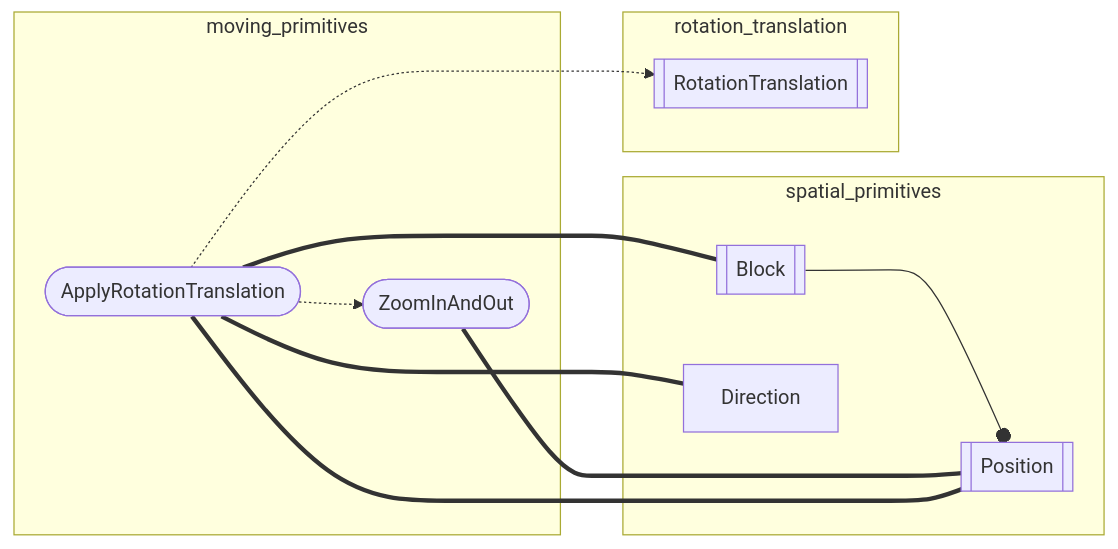
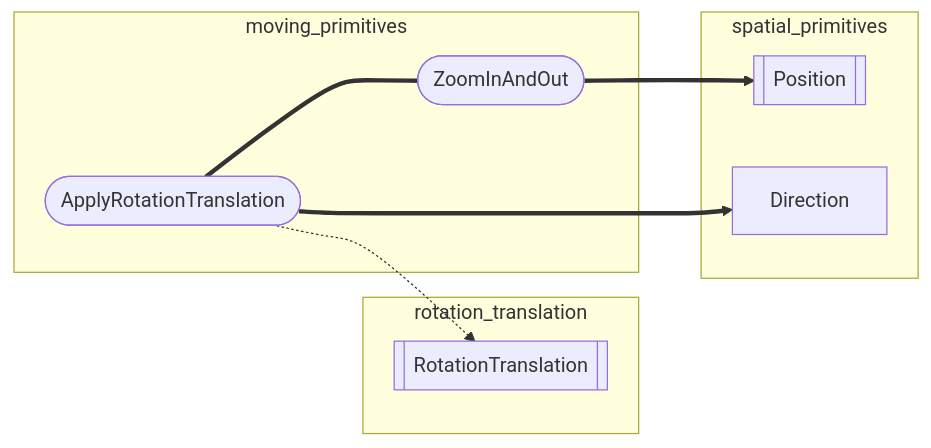
Before and after one commit to inesvar/tetris: the diagram in src/app/player/back_end/moving_primitives_flowgraph.mmd, drawn with Mermaid. The commit also changed 3 other files, not shown here.

```diff
--- a/src/app/player/back_end/moving_primitives_flowgraph.mmd
+++ b/src/app/player/back_end/moving_primitives_flowgraph.mmd
@@ -1,34 +1,33 @@
 graph LR
     %% objects
     Position[[Position]]
-    Block[[Block]]
     Direction[Direction]
     RotationTranslation[[RotationTranslation]]
     ApplyRotationTranslation([ApplyRotationTranslation])
     ZoomInAndOut([ZoomInAndOut])
 
     %% modules
     rotation_translation[rotation_translation]
     spatial_primitives[spatial_primitives]
     moving_primitives[moving_primitives]
 
     subgraph spatial_primitives
-        Block --o Position
         Direction
+        Position
     end
 
     subgraph rotation_translation
         RotationTranslation
     end
 
     subgraph moving_primitives
         ApplyRotationTranslation
         ZoomInAndOut
     end
 
-    ZoomInAndOut === Position
-    ApplyRotationTranslation === Position & Block & Direction
     ApplyRotationTranslation -.-> RotationTranslation
-    ApplyRotationTranslation -.-> ZoomInAndOut
+    ApplyRotationTranslation ==> Direction
+    ApplyRotationTranslation === ZoomInAndOut
+    ZoomInAndOut ==> Position
 
-    ZoomInAndOut ~~~ Block & Direction & RotationTranslation
+    ZoomInAndOut ~~~ Direction
```
